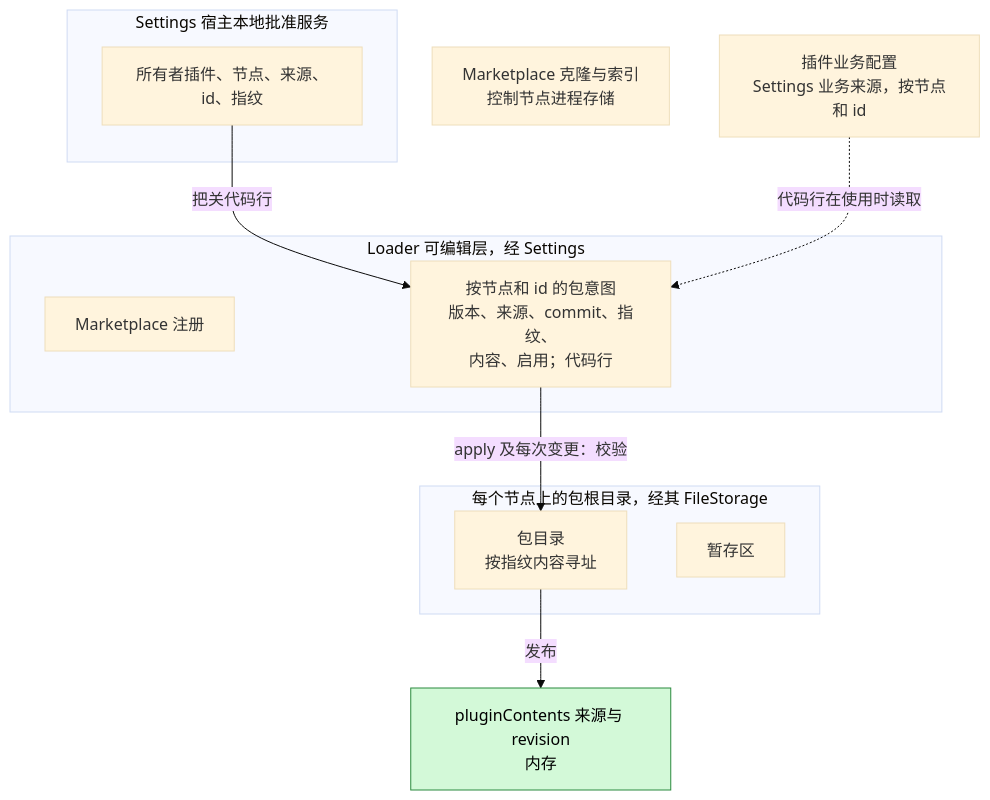
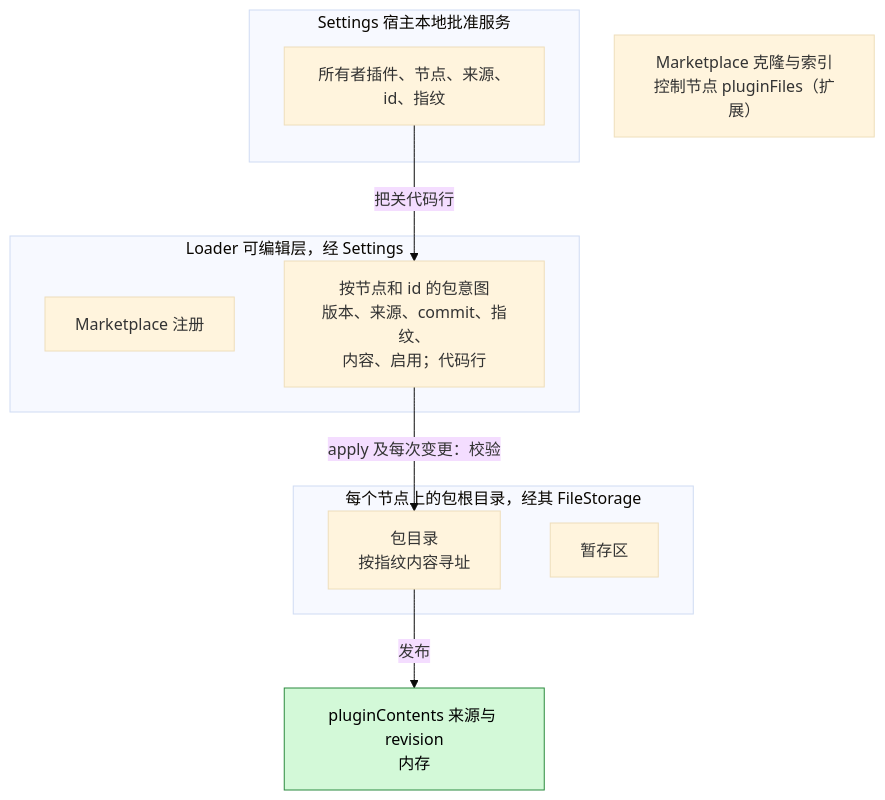
One commit to CoutinhoTTS/dim-agent changed the second of 6 diagrams in docs/zh/design/plugins/PluginManager.md. Above: the diagram before and after it, drawn with Mermaid (base theme). The commit also changed other lines of this file and 42 other files, not shown here.

````diff
--- a/docs/zh/design/plugins/PluginManager.md
+++ b/docs/zh/design/plugins/PluginManager.md
@@ -44,22 +44,20 @@
 ```mermaid
 flowchart TB
   subgraph LEL["Loader 可编辑层，经 Settings"]
     MK["Marketplace 注册"]
     PR["按节点和 id 的包意图<br/>版本、来源、commit、指纹、<br/>内容、启用；代码行"]
   end
-  BC["插件业务配置<br/>Settings 业务来源，按节点和 id"]
   subgraph HLA["Settings 宿主本地批准服务"]
     AP["所有者插件、节点、来源、id、指纹"]
   end
   subgraph PS["每个节点上的包根目录，经其 FileStorage"]
     PKG["包目录<br/>按指纹内容寻址"]
     STG["暂存区"]
   end
-  CACHE["Marketplace 克隆与索引<br/>控制节点进程存储"]
+  CACHE["Marketplace 克隆与索引<br/>控制节点 pluginFiles（扩展）"]
   MEM["pluginContents 来源与 revision<br/>内存"]:::new
   PR -->|"apply 及每次变更：校验"| PKG
   PKG -->|"发布"| MEM
   AP -->|"把关代码行"| PR
-  BC -.->|"代码行在使用时读取"| PR
   classDef new fill:#d3f9d8,stroke:#2b8a3e,color:#000
 ```
````
